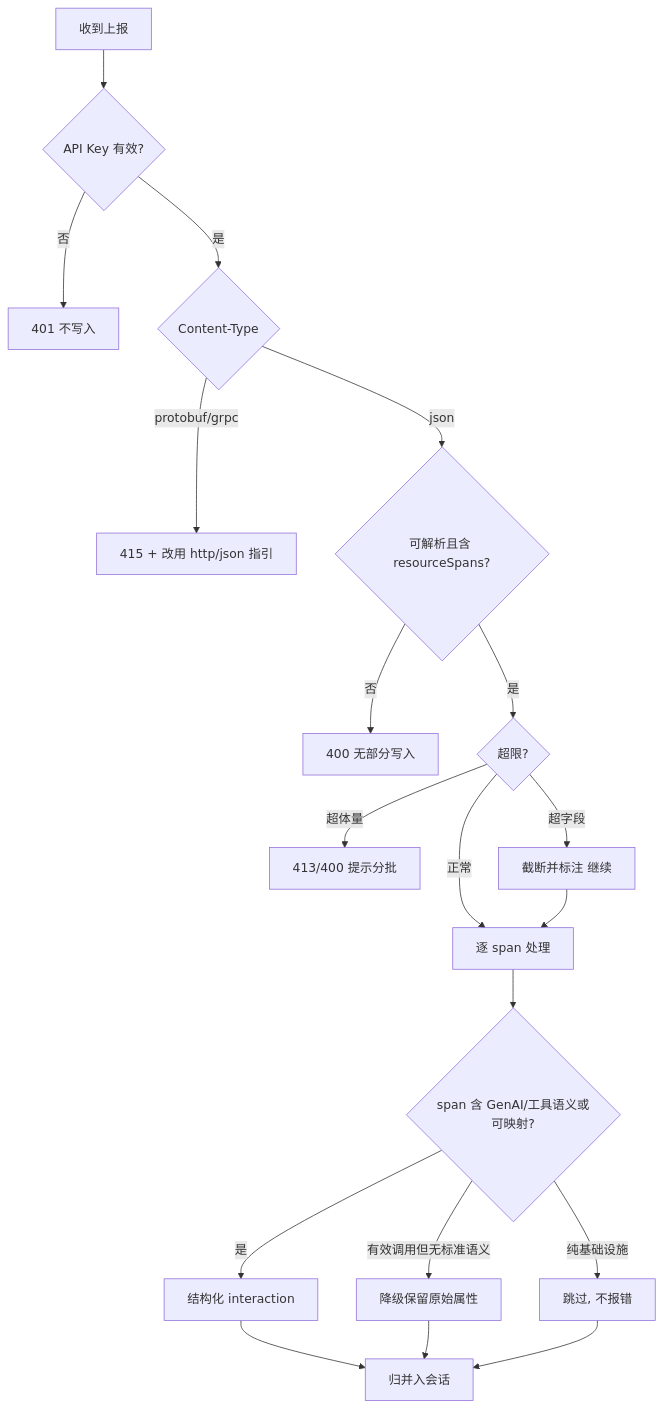
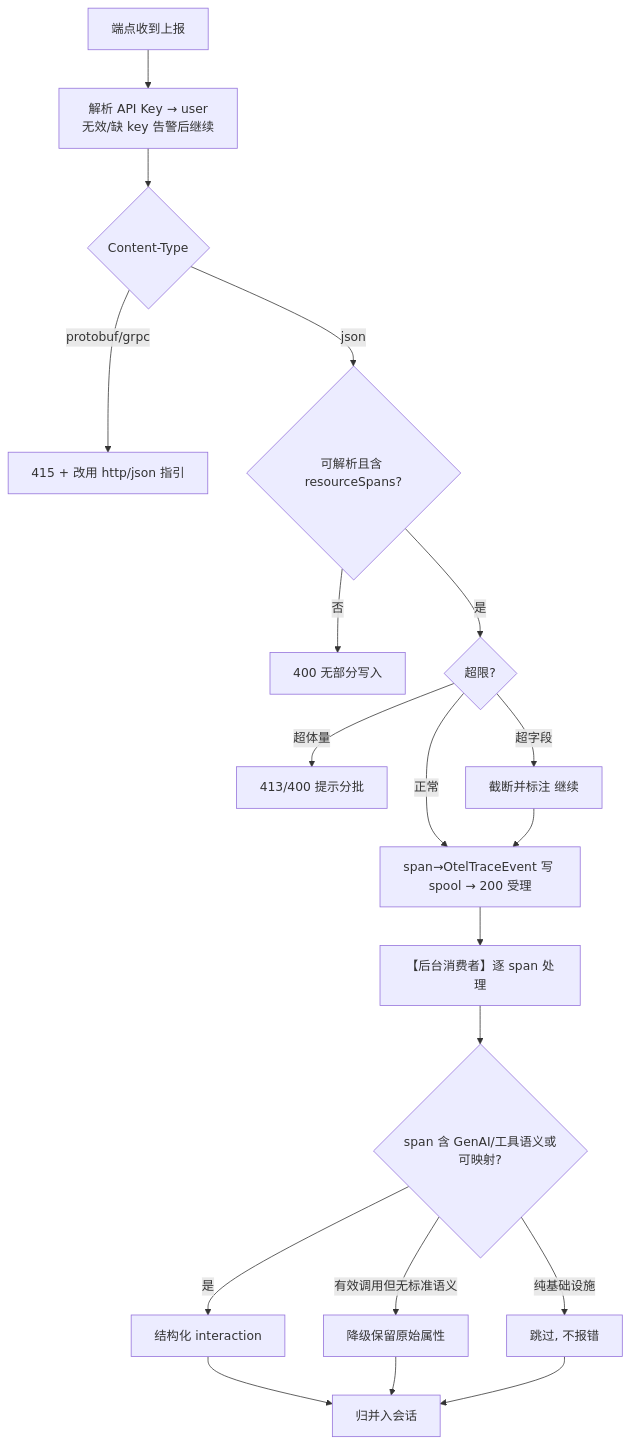
Before and after one commit to openeuler-mirror/agent-insight: the third of 3 diagrams in docs/design/hermes-otel-adapter/phase2-requirements-design.md, drawn with Mermaid. The commit also changed other lines of this file and 9 other files, not shown here.

````diff
--- a/docs/design/hermes-otel-adapter/phase2-requirements-design.md
+++ b/docs/design/hermes-otel-adapter/phase2-requirements-design.md
@@ -266,21 +363,21 @@
 ```mermaid
 flowchart TD
-    A[收到上报] --> D{API Key 有效?}
-    D -->|否| E[401 不写入]
-    D -->|是| B{Content-Type}
+    A[端点收到上报] --> D[解析 API Key → user<br/>无效/缺 key 告警后继续]
+    D --> B{Content-Type}
     B -->|protobuf/grpc| C[415 + 改用 http/json 指引]
     B -->|json| F{可解析且含 resourceSpans?}
     F -->|否| G[400 无部分写入]
     F -->|是| H{超限?}
     H -->|超体量| I[413/400 提示分批]
     H -->|超字段| J[截断并标注 继续]
-    H -->|正常| K[逐 span 处理]
-    J --> K
+    H -->|正常| W[span→OtelTraceEvent 写 spool → 200 受理]
+    W --> K[【后台消费者】逐 span 处理]
+    J --> W
     K --> L{span 含 GenAI/工具语义或可映射?}
     L -->|是| M[结构化 interaction]
     L -->|有效调用但无标准语义| N[降级保留原始属性]
     L -->|纯基础设施| O[跳过, 不报错]
     M --> P[归并入会话]
     N --> P
     O --> P
 ```
````
